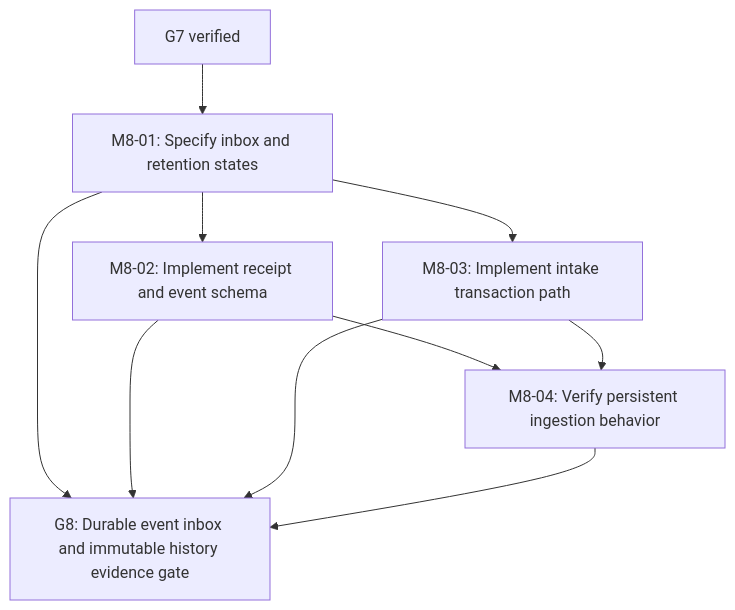
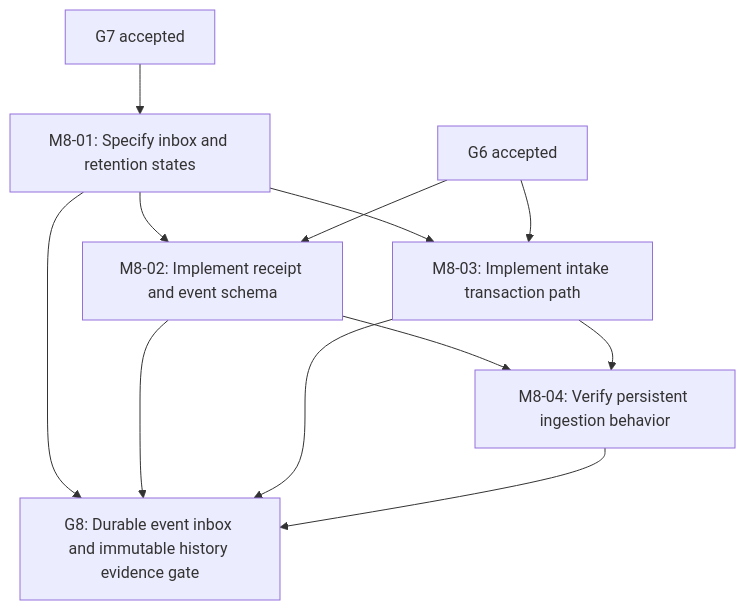
One commit to ekamal22/HarborOps-Enterprise-Maritime-Logistics-IT-Operations-Platform changed diagram 16 of 32 in docs/EXECUTION_GRAPH.md. Above: the diagram before and after it, drawn with Mermaid. The commit also changed other lines of this file and 2 other files, not shown here.

````diff
--- a/docs/EXECUTION_GRAPH.md
+++ b/docs/EXECUTION_GRAPH.md
@@ -407,18 +503,21 @@
 ```mermaid
 flowchart TD
   M8_01["M8-01: Specify inbox and retention states"]
   M8_02["M8-02: Implement receipt and event schema"]
   M8_03["M8-03: Implement intake transaction path"]
   M8_04["M8-04: Verify persistent ingestion behavior"]
   G8["G8: Durable event inbox and immutable history evidence gate"]
-  G7["G7 verified"]
+  G7["G7 accepted"]
+  G6["G6 accepted"]
   G7 --> M8_01
   M8_01 --> M8_02
+  G6 --> M8_02
   M8_01 --> M8_03
+  G6 --> M8_03
   M8_02 --> M8_04
   M8_03 --> M8_04
   M8_01 --> G8
   M8_02 --> G8
   M8_03 --> G8
   M8_04 --> G8
 ```
````
